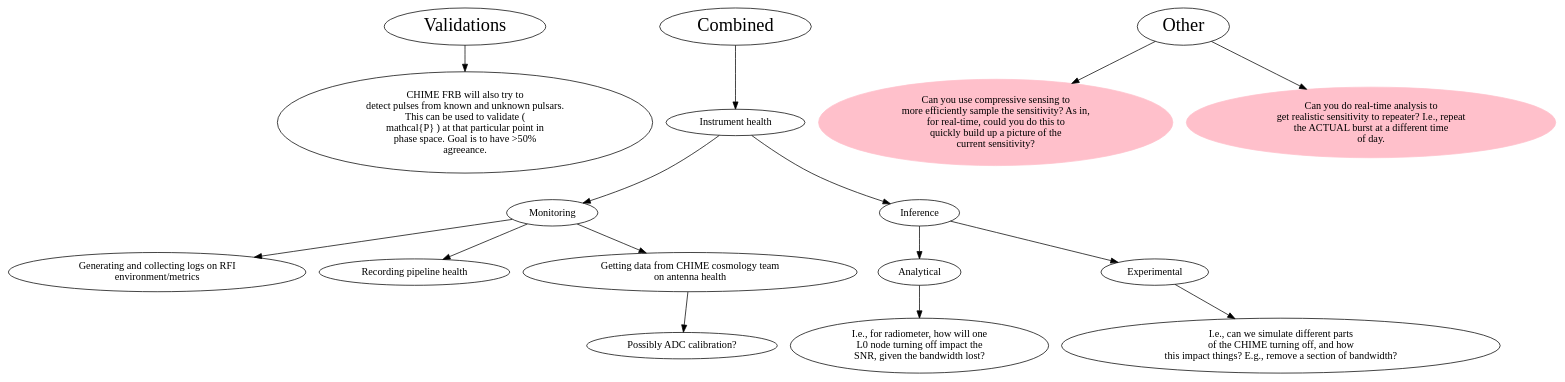
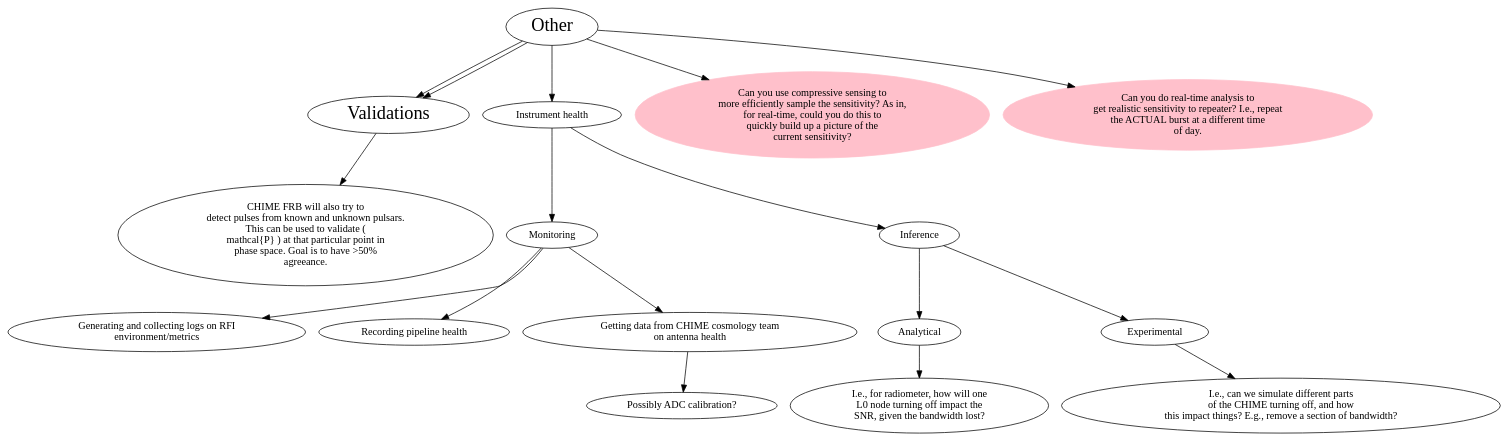
The diagram in validations.dot (MilesCranmer/thesis_diagram), drawn with Graphviz before and after one commit.

Commit message:
Make other nodes all have same parent

```diff
--- a/validations.dot
+++ b/validations.dot
@@ -1,35 +1,36 @@
 digraph mygraph {
 overlap="prism";
 splines="true";
+B5 [fontsize=25 label="Other"];
+B5 -> B3;
+B5 -> B3;
 B3 [fontsize=25 label="Validations"];
-B4 [fontsize=25 label="Combined"];
-B5 [fontsize=25 label="Other"];
 B3 -> B31 ;
 B31 [label="CHIME FRB will also try to\ndetect pulses from known and unknown pulsars.\nThis can be used to validate \(\n\mathcal{P} \) at that particular point in\nphase space. Goal is to have >50%\nagreeance."];
-B4 -> B41 ;
+B5 -> B41 ;
 B41 [label="Instrument health"];
 B41 -> B411 ;
 B411 [label="Monitoring"];
 B411 -> B4111 ;
 B4111 [label="Generating and collecting logs on RFI\nenvironment/metrics"];
 B411 -> B4112 ;
 B4112 [label="Recording pipeline health"];
 B411 -> B4113 ;
 B4113 [label="Getting data from CHIME cosmology team\non antenna health"];
 B4113 -> B41131 ;
 B41131 [label="Possibly ADC calibration?"];
 B41 -> B412 ;
 B412 [label="Inference"];
 B412 -> B4121 ;
 B4121 [label="Analytical"];
 B4121 -> B41211 ;
 B41211 [label="I.e., for radiometer, how will one\nL0 node turning off impact the\nSNR, given the bandwidth lost?"];
 B412 -> B4122 ;
 B4122 [label="Experimental"];
 B4122 -> B41221 ;
 B41221 [label="I.e., can we simulate different parts\nof the CHIME turning off, and how\nthis impact things? E.g., remove a section of bandwidth?"];
 B5 -> B51;
 B51 [color="pink" style="filled" label="Can you use compressive sensing to\nmore efficiently sample the sensitivity? As in,\nfor real-time, could you do this to\nquickly build up a picture of the\ncurrent sensitivity?"];
 B5 -> B52;
 B52 [color="pink" style="filled" label="Can you do real-time analysis to\nget realistic sensitivity to repeater? I.e., repeat\nthe ACTUAL burst at a different time\nof day."];
 }
```
